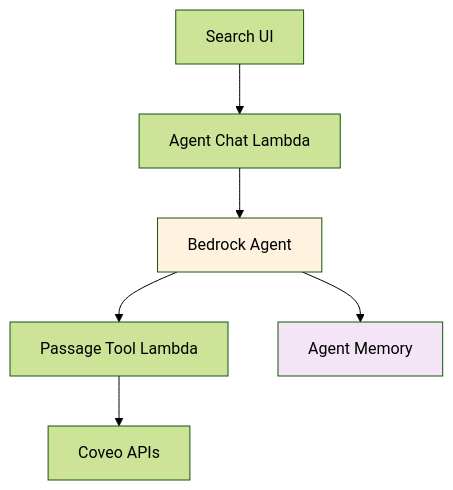
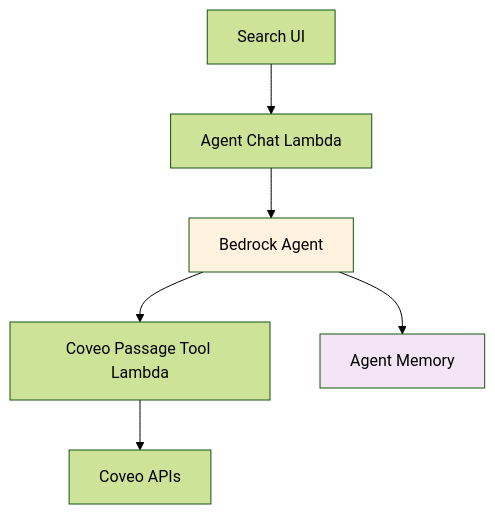
One commit to kpullagu/aws-coveo-workshop-stackset changed the third of 6 diagrams in mkdocs-workshop/docs/resources/diagrams.md. Above: the diagram before and after it, drawn with Mermaid (forest theme). The commit also changed other lines of this file and 1 other file, not shown here.

````diff
--- a/mkdocs-workshop/docs/resources/diagrams.md
+++ b/mkdocs-workshop/docs/resources/diagrams.md
@@ -56,11 +56,11 @@
 ```mermaid
 graph TB
     UI[Search UI] --> Lambda[Agent Chat Lambda]
     Lambda --> Agent[Bedrock Agent]
-    Agent --> Tool[Passage Tool Lambda]
+    Agent --> Tool[Coveo Passage Tool Lambda]
     Tool --> Coveo[Coveo APIs]
     Agent --> Memory[Agent Memory]
     
     style Agent fill:#fff3e0
     style Memory fill:#f3e5f5
 ```
````
